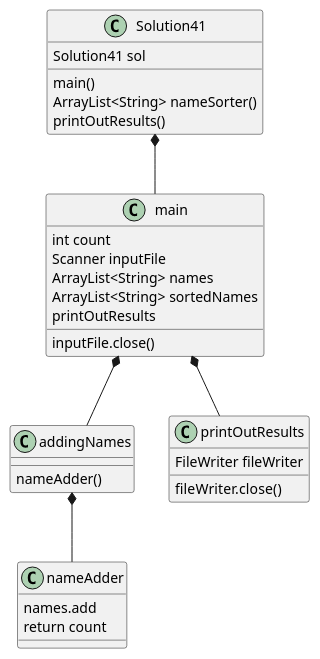
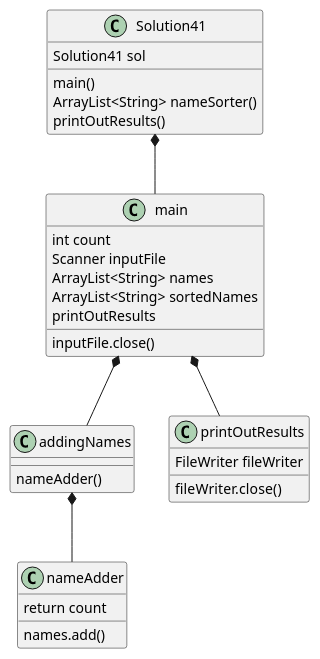
The diagram in exercise41/docs/exercise41_diagram.puml (lins0409/lin-a04), drawn with PlantUML before and after one commit.

Commit message:
updated plantUML diagram

```diff
--- a/exercise41/docs/exercise41_diagram.puml
+++ b/exercise41/docs/exercise41_diagram.puml
@@ -1,31 +1,31 @@
 @startuml
 'https://plantuml.com/class-diagram
 
 class Solution41{
 Solution41 sol
 main()
 ArrayList<String> nameSorter()
 printOutResults()
 }
 
 Solution41 *-- main
 main *-- addingNames
 main *-- printOutResults
 main : int count
 main : Scanner inputFile
 main : ArrayList<String> names
 main : ArrayList<String> sortedNames
 main : printOutResults
 main : inputFile.close()
 printOutResults :  FileWriter fileWriter
 printOutResults : fileWriter.close()
 
 class addingNames{
 nameAdder()
 }
 
 addingNames *-- nameAdder
-nameAdder : names.add
+nameAdder : names.add()
 nameAdder : return count
 
 @enduml
```
